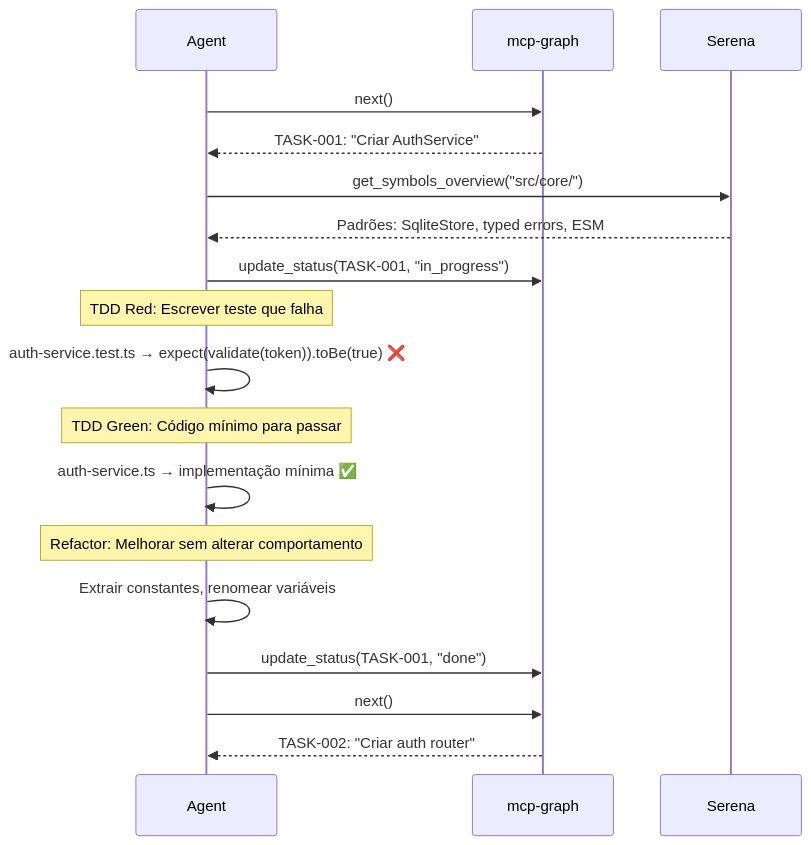
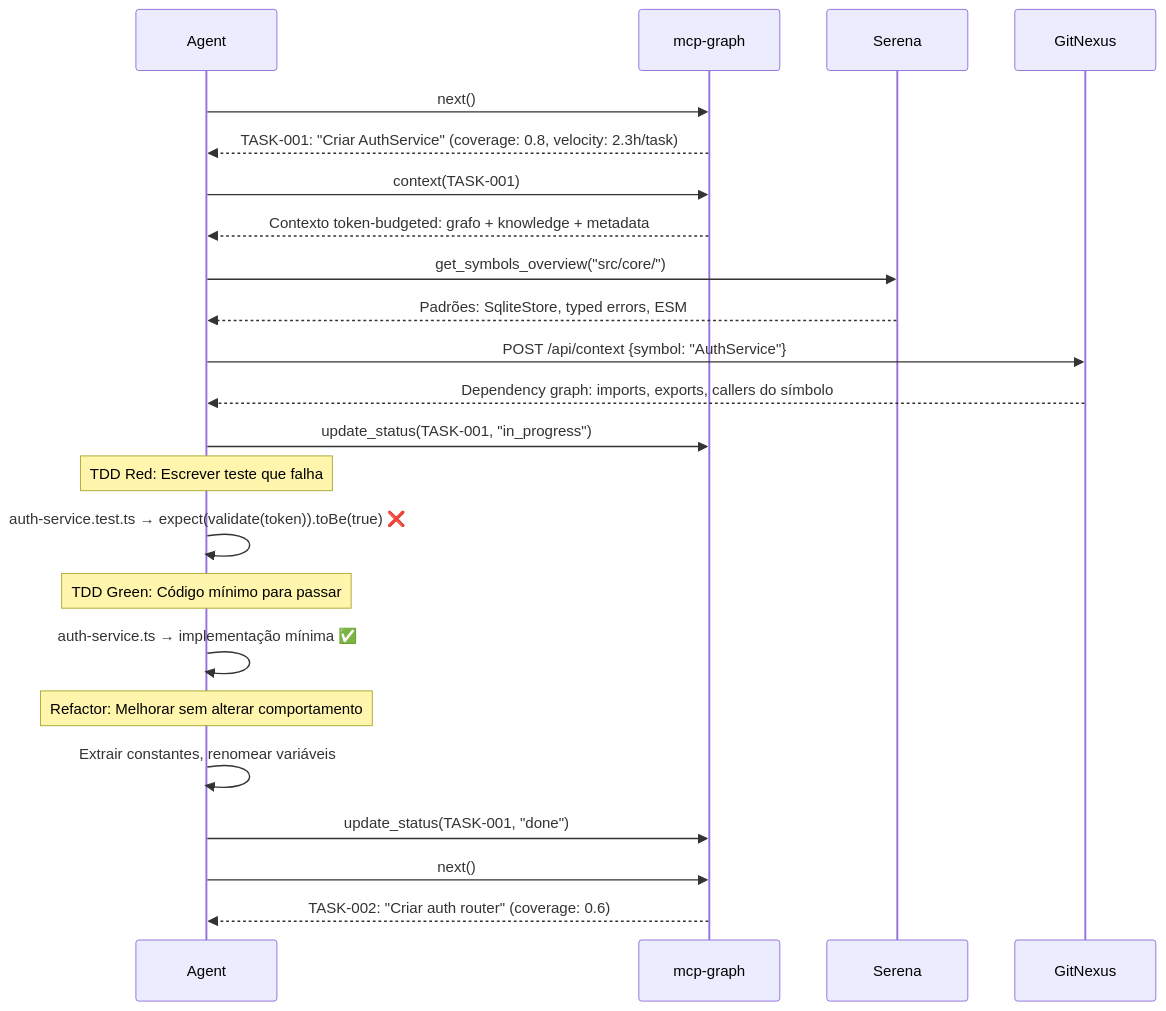
Before and after one commit to sraphaz/mcp-graph-workflow: the ninth of 19 diagrams in docs/LIFECYCLE.md, drawn with Mermaid. The commit also changed other lines of this file, not shown here.

Commit message:
chore: update architecture and knowledge pipeline details in LIFECYCLE.md

````diff
--- a/docs/LIFECYCLE.md
+++ b/docs/LIFECYCLE.md
@@ -210,25 +302,30 @@
 ```mermaid
 sequenceDiagram
     participant A as Agent
     participant MCP as mcp-graph
     participant Serena as Serena
+    participant GN as GitNexus
 
     A->>MCP: next()
-    MCP-->>A: TASK-001: "Criar AuthService"
+    MCP-->>A: TASK-001: "Criar AuthService" (coverage: 0.8, velocity: 2.3h/task)
+    A->>MCP: context(TASK-001)
+    MCP-->>A: Contexto token-budgeted: grafo + knowledge + metadata
     A->>Serena: get_symbols_overview("src/core/")
     Serena-->>A: Padrões: SqliteStore, typed errors, ESM
+    A->>GN: POST /api/context {symbol: "AuthService"}
+    GN-->>A: Dependency graph: imports, exports, callers do símbolo
     A->>MCP: update_status(TASK-001, "in_progress")
 
     Note over A: TDD Red: Escrever teste que falha
     A->>A: auth-service.test.ts → expect(validate(token)).toBe(true) ❌
 
     Note over A: TDD Green: Código mínimo para passar
     A->>A: auth-service.ts → implementação mínima ✅
 
     Note over A: Refactor: Melhorar sem alterar comportamento
     A->>A: Extrair constantes, renomear variáveis
 
     A->>MCP: update_status(TASK-001, "done")
     A->>MCP: next()
-    MCP-->>A: TASK-002: "Criar auth router"
+    MCP-->>A: TASK-002: "Criar auth router" (coverage: 0.6)
 ```
````
